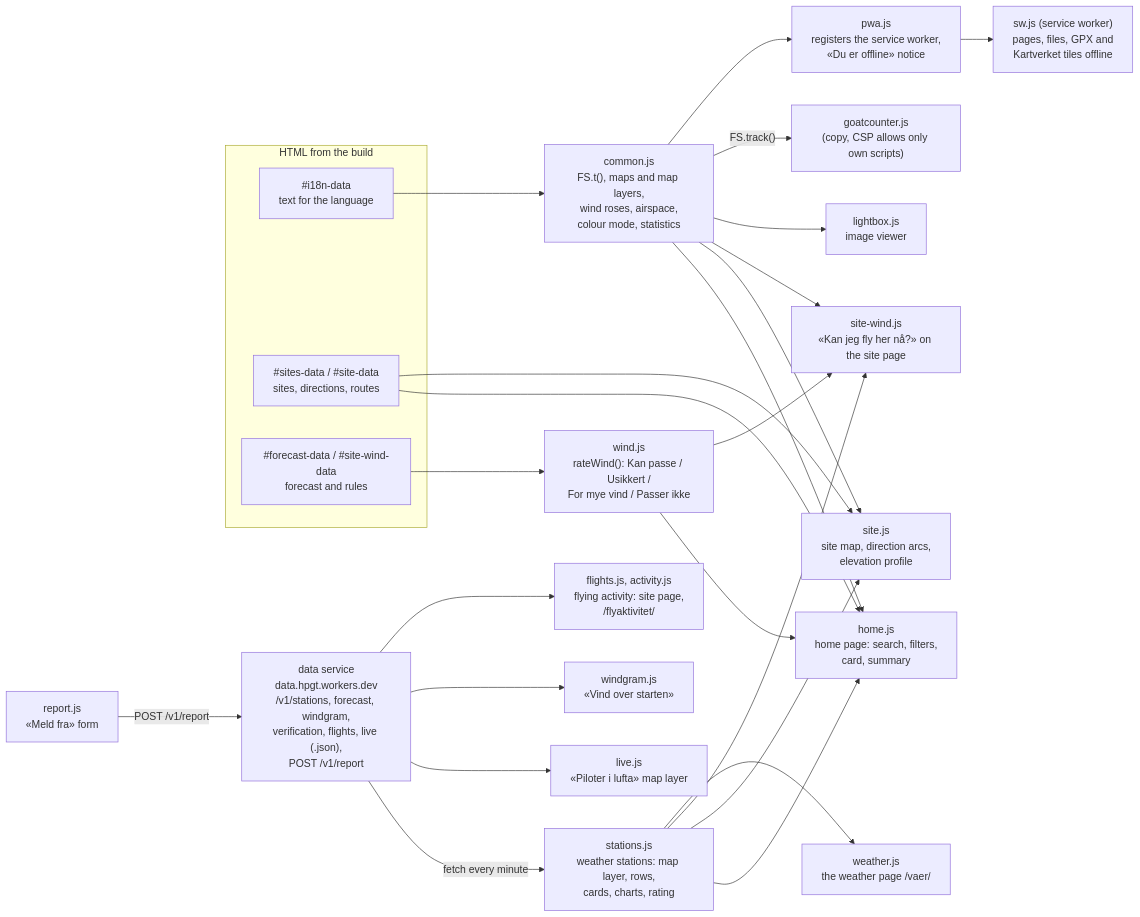
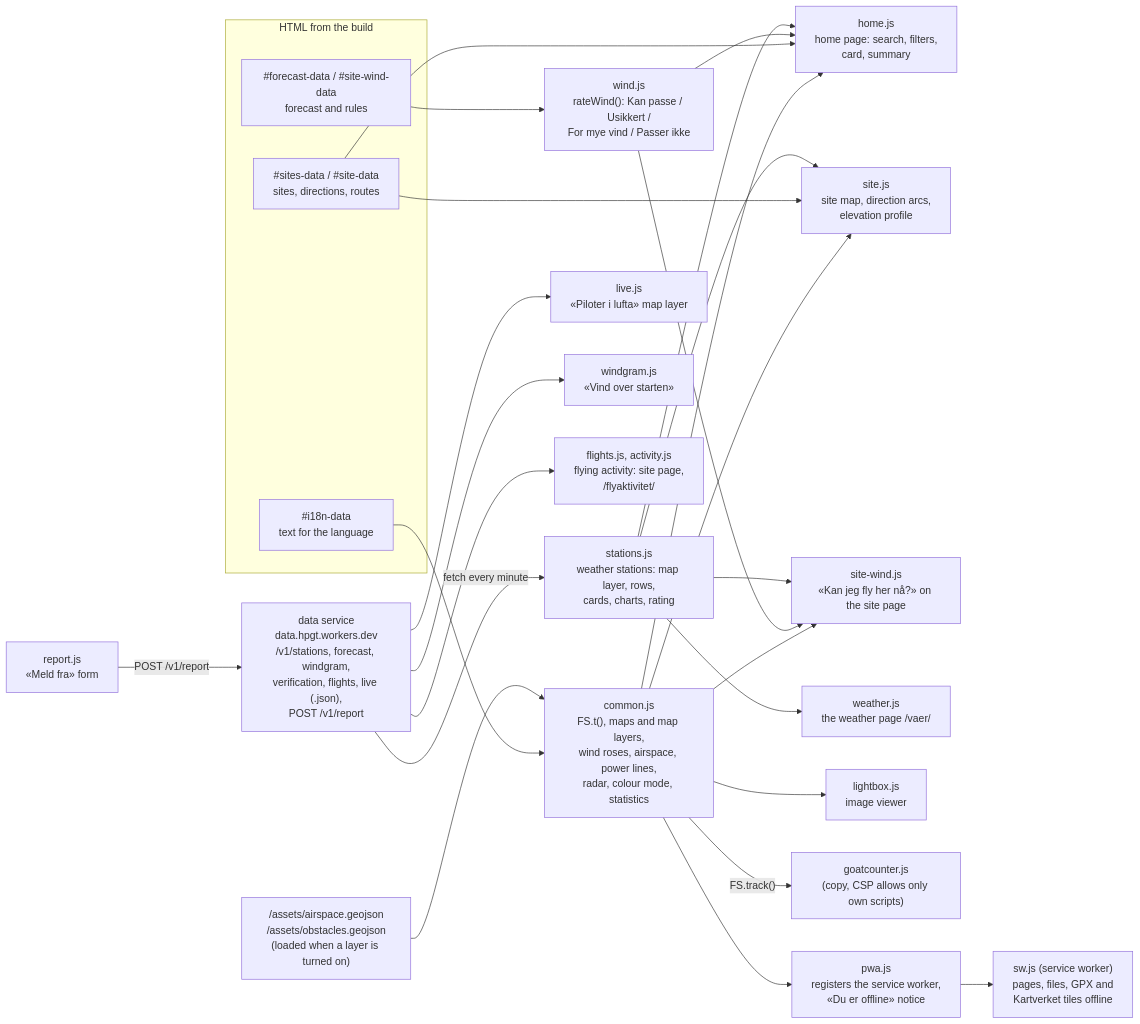
One commit to hpgt-com/flying-sites changed the third of 5 diagrams in docs/architecture.md. Above: the diagram before and after it, drawn with Mermaid. The commit also changed other lines of this file and 2 other files, not shown here.

````diff
--- a/docs/architecture.md
+++ b/docs/architecture.md
@@ -118,35 +134,37 @@
 ```mermaid
 flowchart LR
   subgraph page["HTML from the build"]
     j1["#i18n-data<br/>text for the language"]
     j2["#sites-data / #site-data<br/>sites, directions, routes"]
     j3["#forecast-data / #site-wind-data<br/>forecast and rules"]
   end
 
-  common["common.js<br/>FS.t(), maps and map layers,<br/>wind roses, airspace,<br/>colour mode, statistics"]
+  common["common.js<br/>FS.t(), maps and map layers,<br/>wind roses, airspace, power lines,<br/>radar, colour mode, statistics"]
+  assets["/assets/airspace.geojson<br/>/assets/obstacles.geojson<br/>(loaded when a layer is turned on)"]
   wind["wind.js<br/>rateWind(): Kan passe / Usikkert /<br/>For mye vind / Passer ikke"]
   home["home.js<br/>home page: search, filters,<br/>card, summary"]
   site["site.js<br/>site map, direction arcs,<br/>elevation profile"]
   sitewind["site-wind.js<br/>«Kan jeg fly her nå?» on the site page"]
   stations["stations.js<br/>weather stations: map layer, rows,<br/>cards, charts, rating"]
   weather["weather.js<br/>the weather page /vaer/"]
   data["data service<br/>data.hpgt.workers.dev<br/>/v1/stations, forecast, windgram,<br/>verification, flights, live (.json),<br/>POST /v1/report"]
   live["live.js<br/>«Piloter i lufta» map layer"]
   windgram["windgram.js<br/>«Vind over starten»"]
   flights["flights.js, activity.js<br/>flying activity: site page,<br/>/flyaktivitet/"]
   report["report.js<br/>«Meld fra» form"]
   lightbox["lightbox.js<br/>image viewer"]
   goat["goatcounter.js<br/>(copy, CSP allows only own scripts)"]
   pwa["pwa.js<br/>registers the service worker,<br/>«Du er offline» notice"]
   sw["sw.js (service worker)<br/>pages, files, GPX and<br/>Kartverket tiles offline"]
 
   j1 --> common
+  assets --> common
   common --> home & site & sitewind & lightbox
   j2 --> home & site
   j3 --> wind --> home & sitewind
   data -- "fetch every minute" --> stations --> home & site & sitewind & weather
   data --> live & windgram & flights
   report -- "POST /v1/report" --> data
   common -- "FS.track()" --> goat
   common --> pwa --> sw
 ```
````
